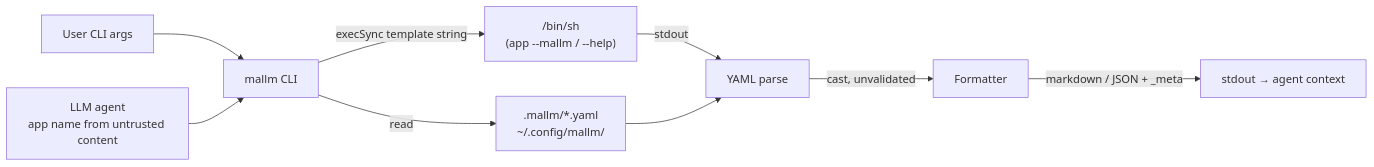
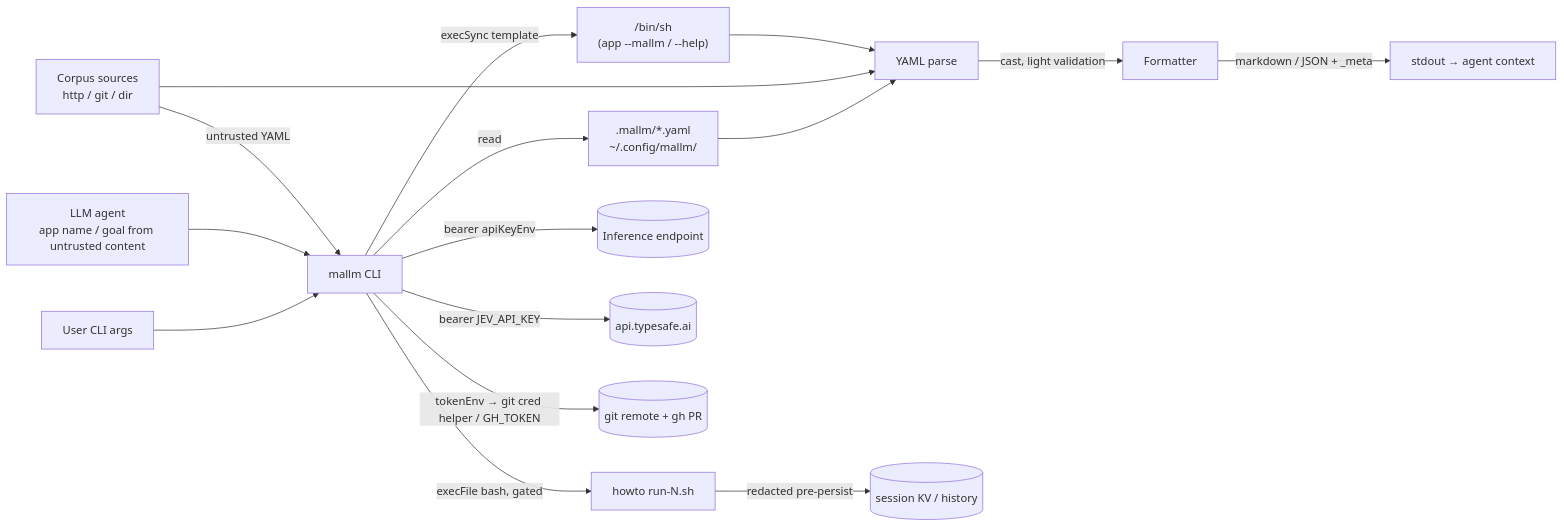
Before and after one commit to the-robot-lives/mallm: the diagram in docs/THREAT-MODEL.md, drawn with Mermaid. The commit also changed other lines of this file and 8 other files, not shown here.

First line of the commit message:
docs: doc-sweep 2026-10-26 (layout/arch/schema/threat-model)

````diff
--- a/docs/THREAT-MODEL.md
+++ b/docs/THREAT-MODEL.md
@@ -13,11 +24,18 @@
 ```mermaid
 graph LR
     U[User CLI args] --> CLI[mallm CLI]
-    A[LLM agent<br/>app name from untrusted content] --> CLI
-    CLI -->|execSync template string| SH["/bin/sh<br/>(app --mallm / --help)"]
+    AG[LLM agent<br/>app name / goal from untrusted content] --> CLI
+    CLI -->|execSync template| SH["/bin/sh<br/>(app --mallm / --help)"]
+    CLI -->|execFile bash, gated| RUN["howto run-N.sh"]
     CLI -->|read| PF[".mallm/*.yaml<br/>~/.config/mallm/"]
-    SH -->|stdout| YP[YAML parse]
-    PF --> YP
-    YP -->|cast, unvalidated| F[Formatter]
+    COR[Corpus sources<br/>http / git / dir] -->|untrusted YAML| CLI
+    CLI -->|bearer apiKeyEnv| INF[("Inference endpoint")]
+    CLI -->|bearer JEV_API_KEY| JEV[("api.typesafe.ai")]
+    CLI -->|tokenEnv → git cred helper / GH_TOKEN| WB[("git remote + gh PR")]
+    PF --> YP[YAML parse]
+    COR --> YP
+    SH --> YP
+    YP -->|cast, light validation| F[Formatter]
     F -->|markdown / JSON + _meta| OUT[stdout → agent context]
+    RUN -->|redacted pre-persist| ST[("session KV / history")]
 ```
````
